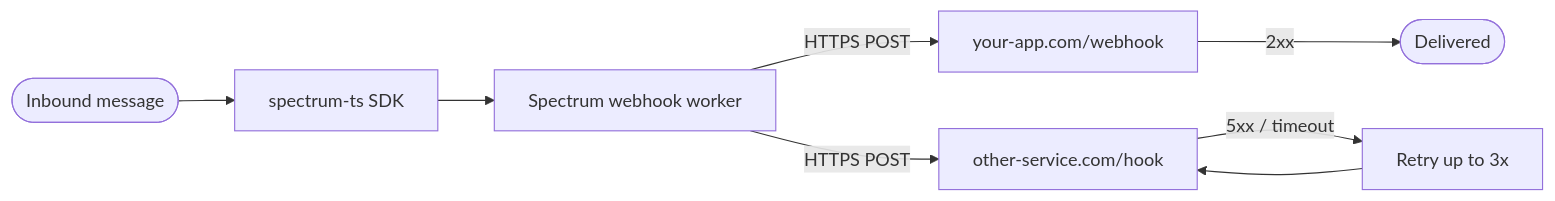
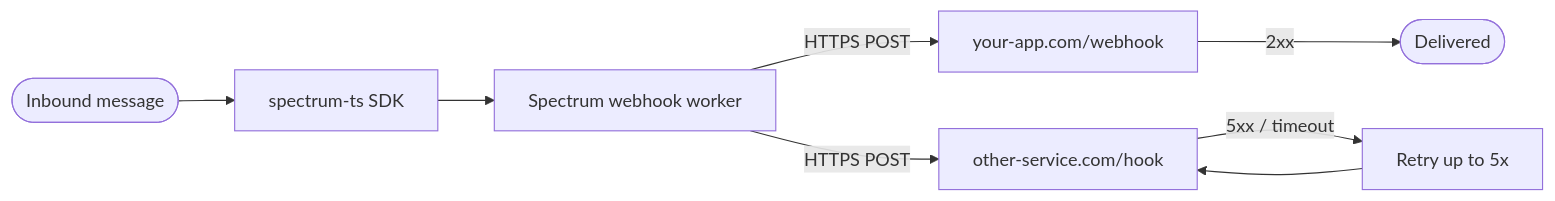
Before and after one commit to photon-hq/docs: the diagram in webhooks/overview.mdx, drawn with Mermaid. The commit also changed other lines of this file and 3 other files, not shown here.

````diff
--- a/webhooks/overview.mdx
+++ b/webhooks/overview.mdx
@@ -82,10 +82,10 @@
 ```mermaid
 flowchart LR
   In([Inbound message]) --> SDK[spectrum-ts SDK]
   SDK --> WK[Spectrum webhook worker]
   WK -->|HTTPS POST| URL1[your-app.com/webhook]
   WK -->|HTTPS POST| URL2[other-service.com/hook]
   URL1 -->|2xx| Done([Delivered])
-  URL2 -->|5xx / timeout| Retry[Retry up to 3x]
+  URL2 -->|5xx / timeout| Retry[Retry up to 5x]
   Retry --> URL2
 ```
````
